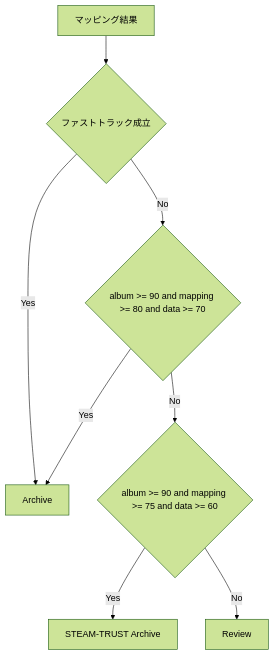
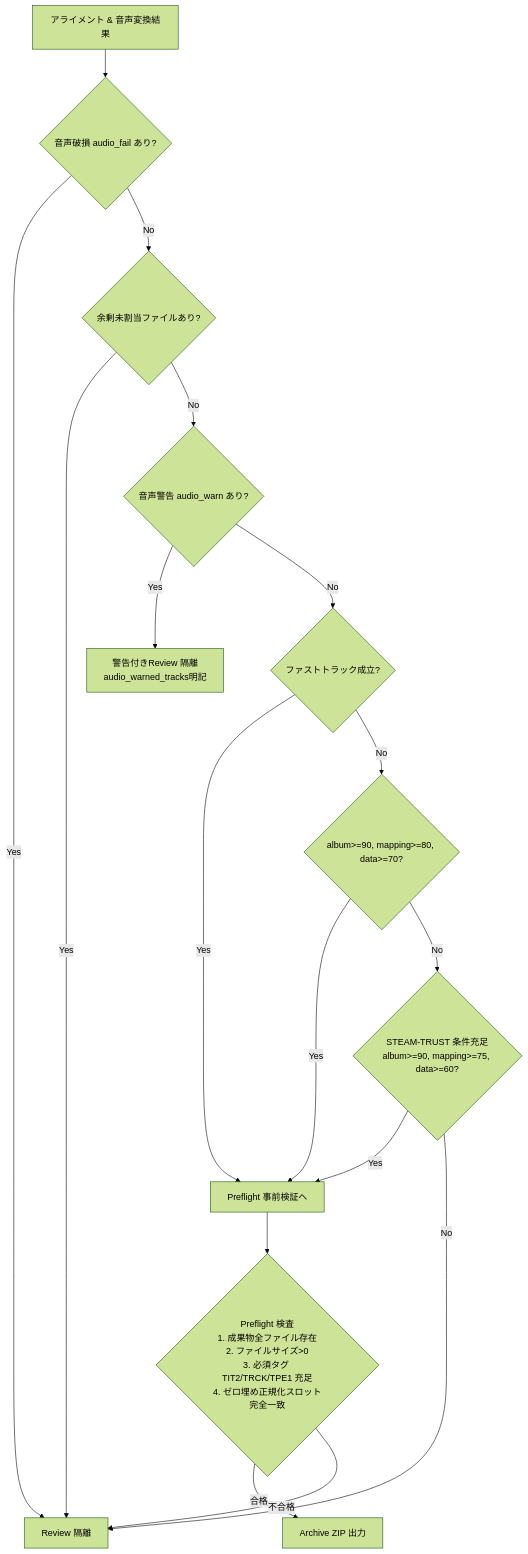
Before and after one commit to dEAdbEEF314/S.S.T: the third of 3 diagrams in docs/data_flow_diagram.md, drawn with Mermaid (forest theme). The commit also changed other lines of this file and 26 other files, not shown here.

````diff
--- a/docs/data_flow_diagram.md
+++ b/docs/data_flow_diagram.md
@@ -41,10 +75,20 @@
 ```mermaid
 flowchart TD
-    A[マッピング結果] --> B{ファストトラック成立}
-    B -->|Yes| C[Archive]
-    B -->|No| D{album >= 90 and mapping >= 80 and data >= 70}
-    D -->|Yes| C
-    D -->|No| E{album >= 90 and mapping >= 75 and data >= 60}
-    E -->|Yes| F[STEAM-TRUST Archive]
-    E -->|No| G[Review]
+    M[アライメント & 音声変換結果] --> A{音声破損 audio_fail あり?}
+    A -->|Yes| R[Review 隔離]
+    A -->|No| B{余剰未割当ファイルあり?}
+    B -->|Yes| R
+    B -->|No| C{音声警告 audio_warn あり?}
+    C -->|Yes| RAW[警告付きReview 隔離<br/>audio_warned_tracks明記]
+    C -->|No| D{ファストトラック成立?}
+    D -->|Yes| P[Preflight 事前検証へ]
+    D -->|No| E{album>=90, mapping>=80, data>=70?}
+    E -->|Yes| P
+    E -->|No| F{STEAM-TRUST 条件充足<br/>album>=90, mapping>=75, data>=60?}
+    F -->|Yes| P
+    F -->|No| R
+    
+    P --> G{Preflight 検査<br/>1. 成果物全ファイル存在<br/>2. ファイルサイズ>0<br/>3. 必須タグ TIT2/TRCK/TPE1 充足<br/>4. ゼロ埋め正規化スロット完全一致}
+    G -->|合格| ARC[Archive ZIP 出力]
+    G -->|不合格| R
 ```
````
